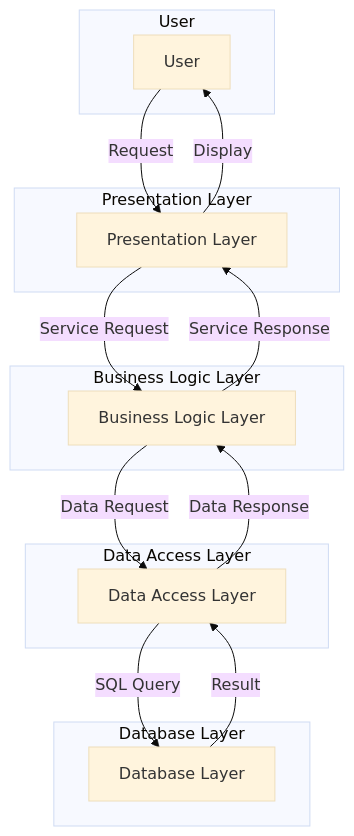
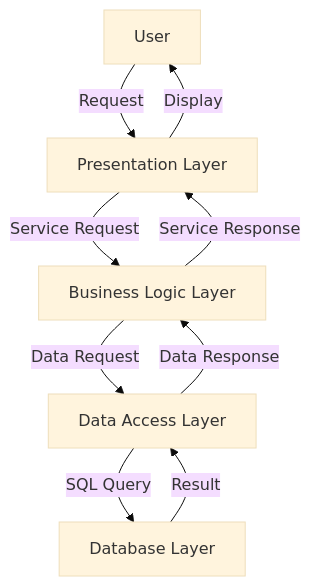
Before and after one commit to bmeurant/technical-docs: the diagram in software-architecture/architectural-styles/layered.md, drawn with Mermaid (base theme). The commit also changed 9 other files, not shown here.

Commit message:
docs(software-architecture): Simplifies mermaid diagrams

````diff
--- a/software-architecture/architectural-styles/layered.md
+++ b/software-architecture/architectural-styles/layered.md
@@ -17,28 +17,18 @@
 ```mermaid
 graph TD
-    subgraph User
-        U[User]
-    end
-    subgraph Presentation Layer
-        PL[Presentation Layer]
-    end
-    subgraph Business Logic Layer
-        BLL[Business Logic Layer]
-    end
-    subgraph Data Access Layer
-        DAL[Data Access Layer]
-    end
-    subgraph Database Layer
-        DBL[Database Layer]
-    end
+    U[User]
+    PL[Presentation Layer]
+    BLL[Business Logic Layer]
+    DAL[Data Access Layer]
+    DBL[Database Layer]
 
     U -- "Request" --> PL
     PL -- "Service Request" --> BLL
     BLL -- "Data Request" --> DAL
     DAL -- "SQL Query" --> DBL
 
     DBL -- "Result" --> DAL
     DAL -- "Data Response" --> BLL
     BLL -- "Service Response" --> PL
     PL -- "Display" --> U
 ```
````
